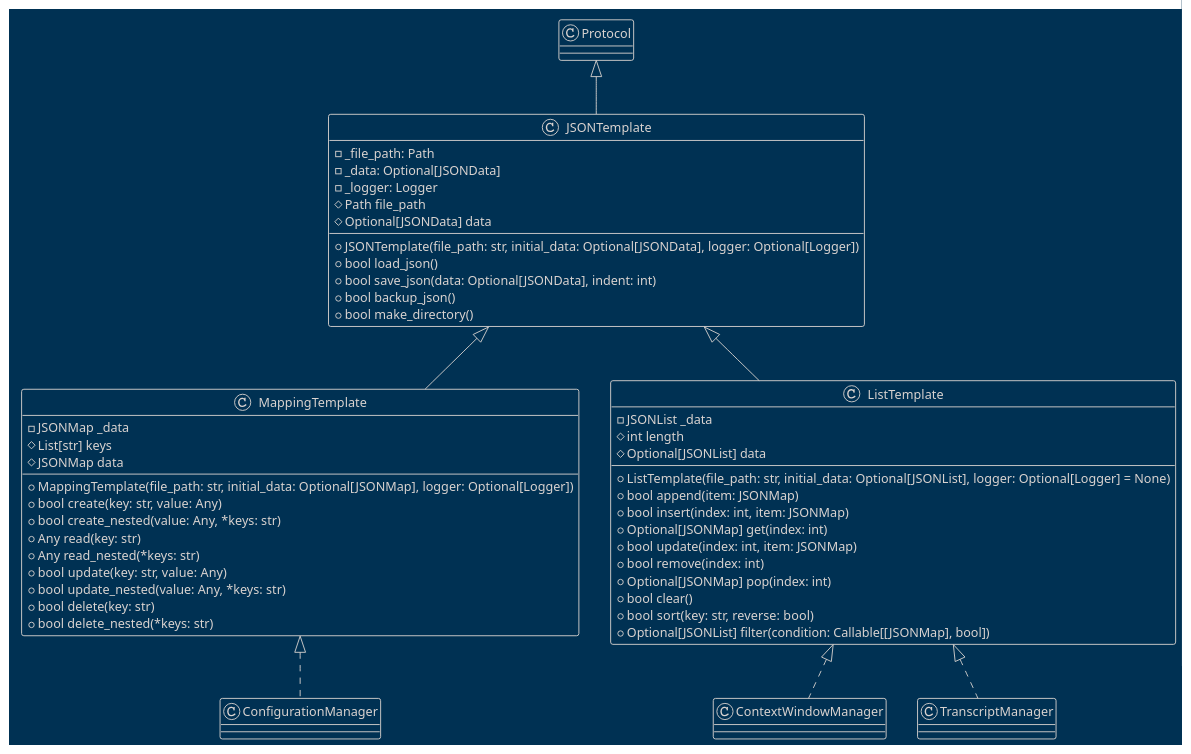
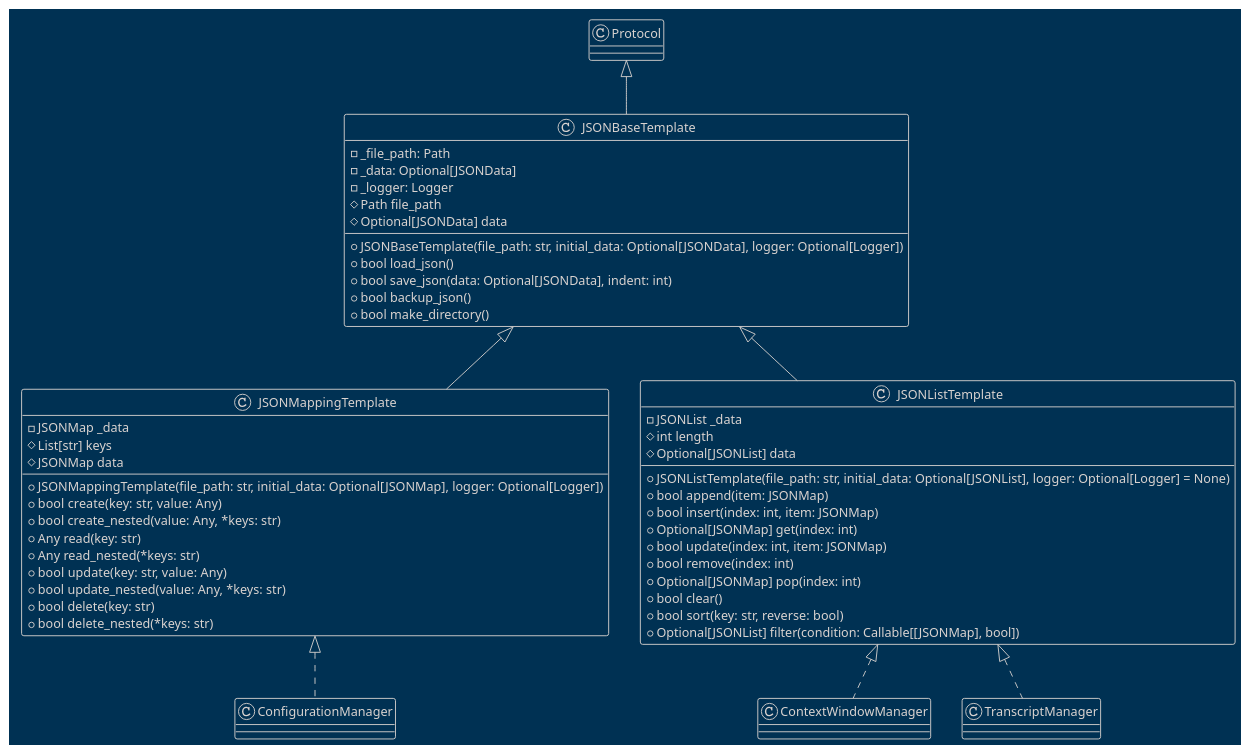
Before and after one commit to teleprint-me/py.gpt.prompt: the diagram in docs/diagrams/plantuml/JSONTemplate.puml, drawn with PlantUML.

Commit message:
docs: Update identifiers related to JSON templates

```diff
--- a/docs/diagrams/plantuml/JSONTemplate.puml
+++ b/docs/diagrams/plantuml/JSONTemplate.puml
@@ -1,93 +1,93 @@
 @startuml JSONTemplate
 !theme blueprint
 
-class JSONTemplate extends Protocol {
+class JSONBaseTemplate extends Protocol {
     ' A base template class for working with JSON files.
     ' JSONMap = Dict[str, Any]
     ' JSONList = List[JSONMap]
     ' JSONData = Union[JSONMap, JSONList]
     - _file_path: Path
     - _data: Optional[JSONData]
     - _logger: Logger
-    + JSONTemplate(file_path: str, initial_data: Optional[JSONData], logger: Optional[Logger])
+    + JSONBaseTemplate(file_path: str, initial_data: Optional[JSONData], logger: Optional[Logger])
     ' Get the path to the JSON file.
     # Path file_path
     ' Load JSON data from the file into the _data attribute.
     # Optional[JSONData] data
     ' Save JSON data to the file. Returns True if successful, False otherwise.
     + bool load_json()
     ' Create a backup of the JSON file. Returns True if successful, False otherwise.
     + bool save_json(data: Optional[JSONData], indent: int)
     ' Create a backup of the JSON file. Returns True if successful, False otherwise.
     + bool backup_json()
     ' Create the directory for the JSON file. Returns True if successful, False otherwise.
     + bool make_directory()
 }
 
-class MappingTemplate extends JSONTemplate {
+class JSONMappingTemplate extends JSONBaseTemplate {
     ' A template class for creating and managing a mapping of key-value pairs.
     ' JSONMap = Dict[str, Any]
     - JSONMap _data
-    + MappingTemplate(file_path: str, initial_data: Optional[JSONMap], logger: Optional[Logger])
+    + JSONMappingTemplate(file_path: str, initial_data: Optional[JSONMap], logger: Optional[Logger])
     ' Get a list of all keys in the mapping.
     # List[str] keys
     ' Get the underlying data structure of the mapping.
     # JSONMap data
     ' Create a new key-value pair in the mapping.
     + bool create(key: str, value: Any)
     ' Create a nested key-value pair in the mapping.
     + bool create_nested(value: Any, *keys: str)
     ' Read the value associated with a key in the mapping.
     + Any read(key: str)
     ' Read the value associated with a nested key hierarchy in the mapping.
     + Any read_nested(*keys: str)
     ' Update the value associated with a key in the mapping.
     + bool update(key: str, value: Any)
     ' Update the value associated with a nested key hierarchy in the mapping.
     + bool update_nested(value: Any, *keys: str)
     ' Delete a key-value pair from the mapping.
     + bool delete(key: str)
     ' Delete a nested key-value pair from the mapping.
     + bool delete_nested(*keys: str)
 }
 
-class ListTemplate extends JSONTemplate {
+class JSONListTemplate extends JSONBaseTemplate {
     ' A template class for managing a list of dictionaries in JSON files.
     ' JSONMap = Dict[str, Any]
     ' JSONList = List[JSONMap]
     - JSONList _data
-    + ListTemplate(file_path: str, initial_data: Optional[JSONList], logger: Optional[Logger] = None)
+    + JSONListTemplate(file_path: str, initial_data: Optional[JSONList], logger: Optional[Logger] = None)
     ' Return the length of the internal data list.
     # int length
     ' Return a copy of the internal data list or None if empty.
     # Optional[JSONList] data
     ' Append a dictionary to the internal data list.
     + bool append(item: JSONMap)
     ' Insert a dictionary at a specific index.
     + bool insert(index: int, item: JSONMap)
     ' Get a dictionary from a specific index.
     + Optional[JSONMap] get(index: int)
     ' Update a dictionary at a specific index.
     + bool update(index: int, item: JSONMap)
     ' Remove a dictionary at a specific index.
     + bool remove(index: int)
     ' Pop a dictionary from a specific index.
     + Optional[JSONMap] pop(index: int)
     ' Clear the internal data list.
     + bool clear()
     ' NOTE: The following methods are TBD (To Be Decided).
     ' Sort the list based on a key.
     + bool sort(key: str, reverse: bool)
     ' Filter the list based on a condition.
     + Optional[JSONList] filter(condition: Callable[[JSONMap], bool])
 }
 
 class ConfigurationManager
-MappingTemplate <|.. ConfigurationManager
+JSONMappingTemplate <|.. ConfigurationManager
 
 class ContextWindowManager
-ListTemplate <|.. ContextWindowManager
+JSONListTemplate <|.. ContextWindowManager
 
 class TranscriptManager
-ListTemplate <|.. TranscriptManager
+JSONListTemplate <|.. TranscriptManager
 @enduml
```
